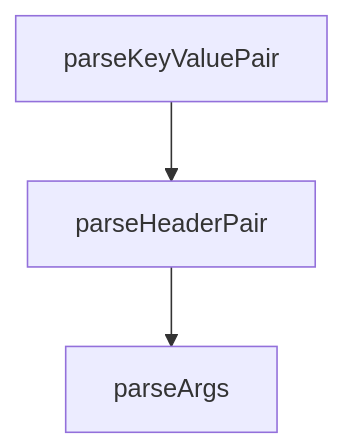
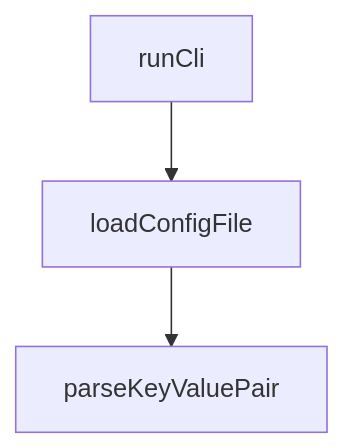
The diagram in tutorials/mcp-inspector-tutorial/07-inspector-in-server-development-lifecycle.md (johnxie/awesome-code-docs), drawn with Mermaid before and after one commit. The commit also changed other lines of this file and 1232 other files, not shown here.

````diff
--- a/tutorials/mcp-inspector-tutorial/07-inspector-in-server-development-lifecycle.md
+++ b/tutorials/mcp-inspector-tutorial/07-inspector-in-server-development-lifecycle.md
@@ -179,8 +177,8 @@
 ```mermaid
 flowchart TD
-    A[parseKeyValuePair]
-    B[parseHeaderPair]
-    C[parseArgs]
+    A[runCli]
+    B[loadConfigFile]
+    C[parseKeyValuePair]
     A --> B
     B --> C
 ```
````
